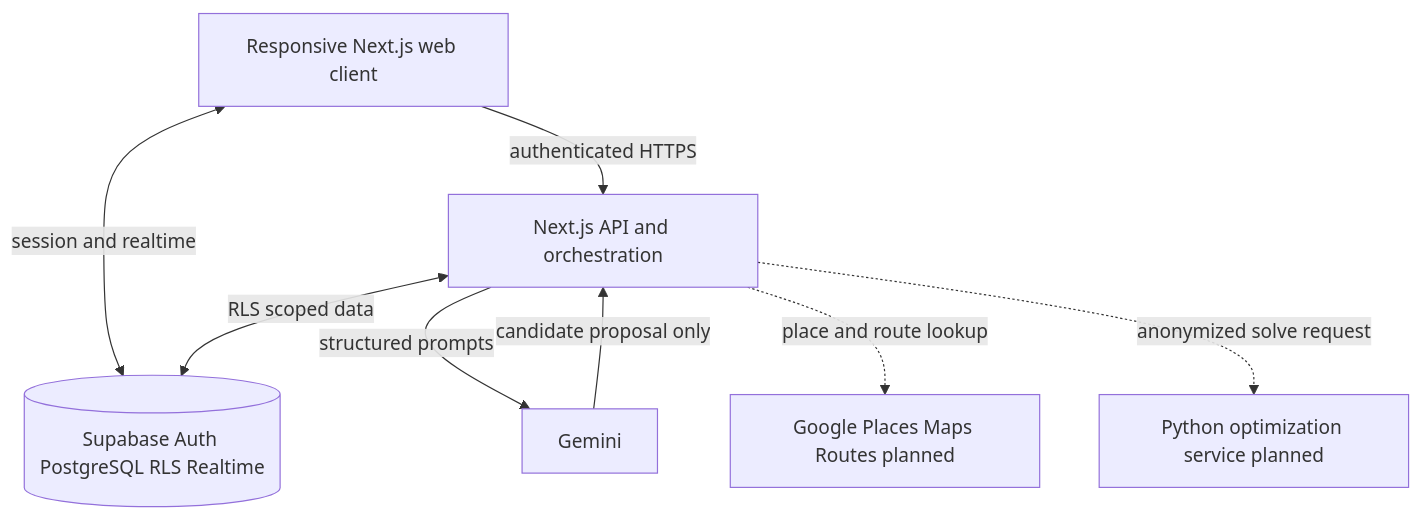
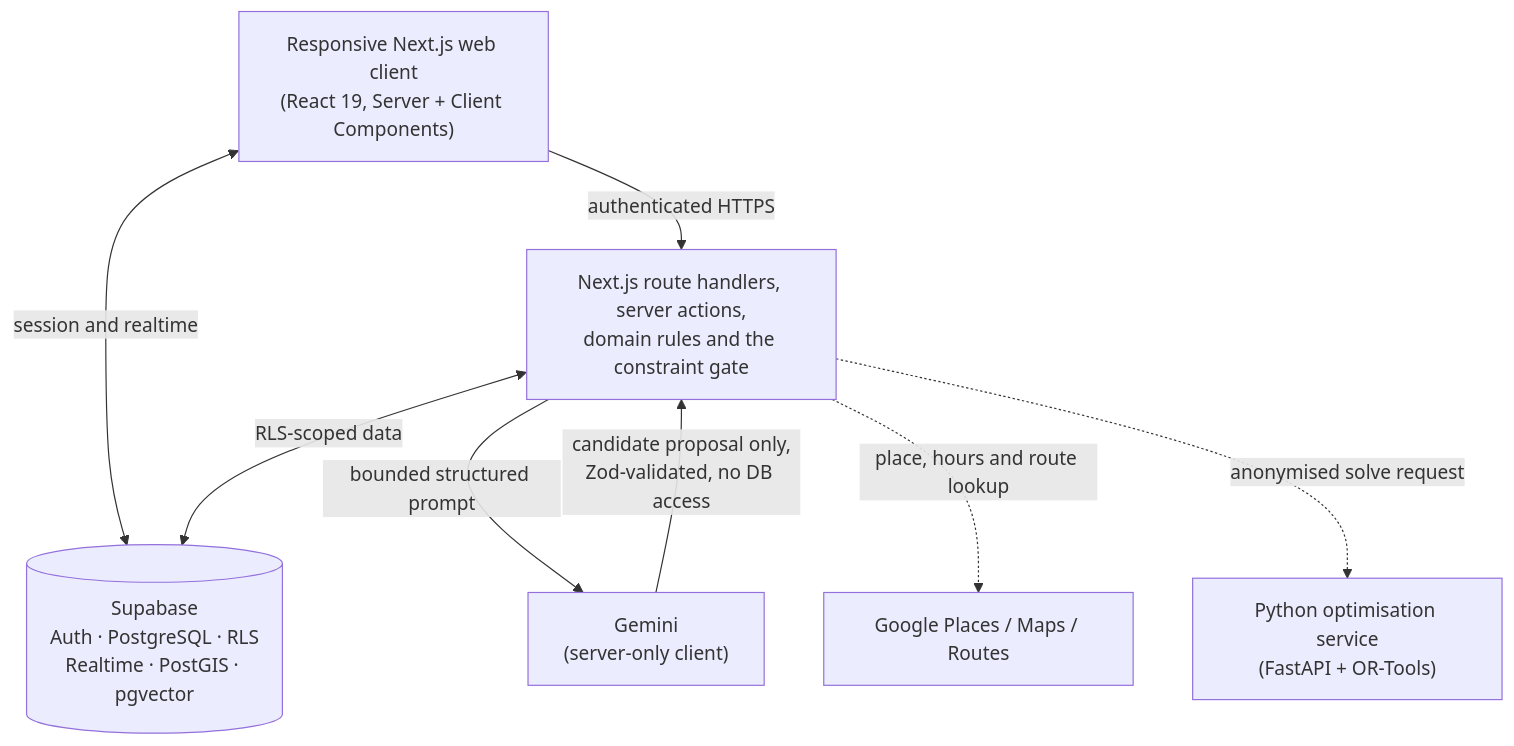
Before and after one commit to Char0093/codenection: the fourth of 4 diagrams in README.md, drawn with Mermaid. The commit also changed other lines of this file and 12 other files, not shown here.

````diff
--- a/README.md
+++ b/README.md
@@ -232,17 +329,17 @@
 ```mermaid
 flowchart TB
-    U[Responsive Next.js web client]
-    N[Next.js API and orchestration]
-    S[(Supabase Auth PostgreSQL RLS Realtime)]
-    G[Gemini]
-    P[Google Places Maps Routes planned]
-    O[Python optimization service planned]
+    U["Responsive Next.js web client<br/>(React 19, Server + Client Components)"]
+    N["Next.js route handlers, server actions,<br/>domain rules and the constraint gate"]
+    S[("Supabase<br/>Auth · PostgreSQL · RLS<br/>Realtime · PostGIS · pgvector")]
+    G["Gemini<br/>(server-only client)"]
+    P["Google Places / Maps / Routes"]
+    O["Python optimisation service<br/>(FastAPI + OR-Tools)"]
 
     U -->|authenticated HTTPS| N
     U <-->|session and realtime| S
-    N <-->|RLS scoped data| S
-    N -->|structured prompts| G
-    G -->|candidate proposal only| N
-    N -.->|place and route lookup| P
-    N -.->|anonymized solve request| O
+    N <-->|RLS-scoped data| S
+    N -->|bounded structured prompt| G
+    G -->|candidate proposal only,<br/>Zod-validated, no DB access| N
+    N -.->|place, hours and route lookup| P
+    N -.->|anonymised solve request| O
 ```
````
